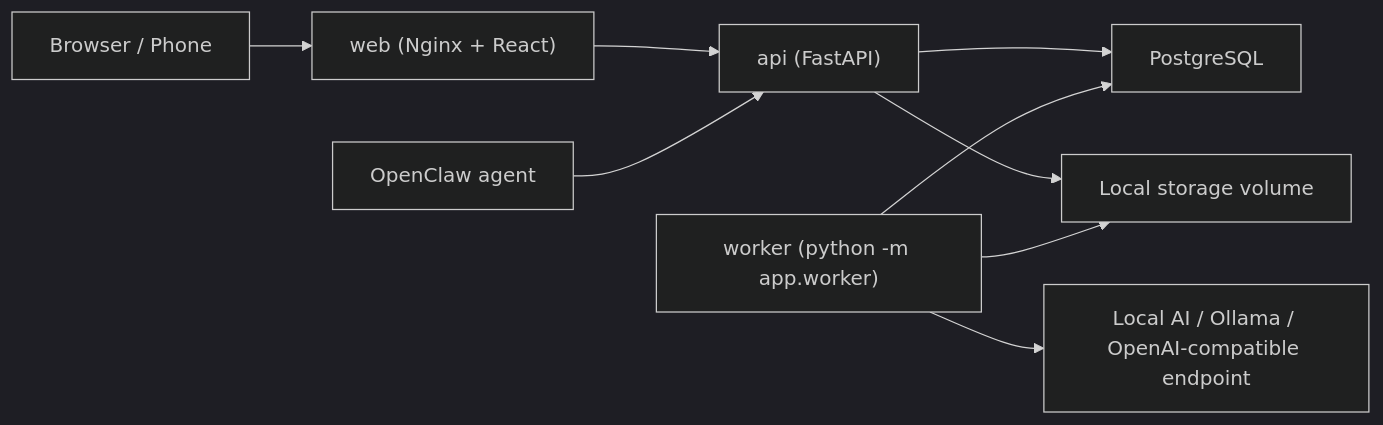
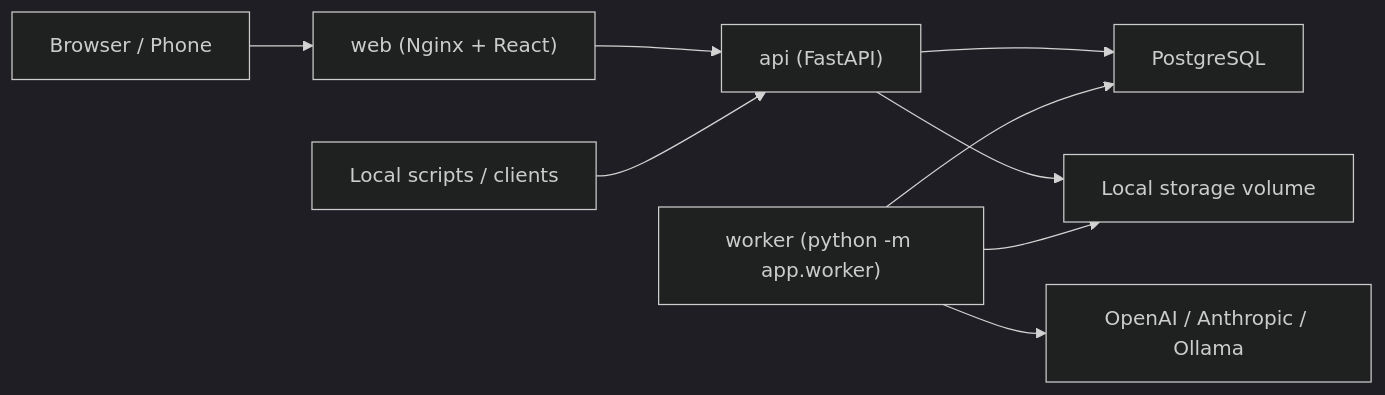
The diagram in README.md (Nathancecixx/FitnessPal), drawn with Mermaid (dark theme) before and after one commit. The commit also changed other lines of this file and 30 other files, not shown here.

````diff
--- a/README.md
+++ b/README.md
@@ -106,11 +107,11 @@
 ```mermaid
 flowchart LR
     Browser["Browser / Phone"] --> Web["web (Nginx + React)"]
     Web --> API["api (FastAPI)"]
     API --> DB["PostgreSQL"]
     API --> Storage["Local storage volume"]
     Worker["worker (python -m app.worker)"] --> DB
     Worker --> Storage
-    Worker --> AI["Local AI / Ollama / OpenAI-compatible endpoint"]
-    OpenClaw["OpenClaw agent"] --> API
+    Worker --> AI["OpenAI / Anthropic / Ollama"]
+    Scripts["Local scripts / clients"] --> API
 ```
````
